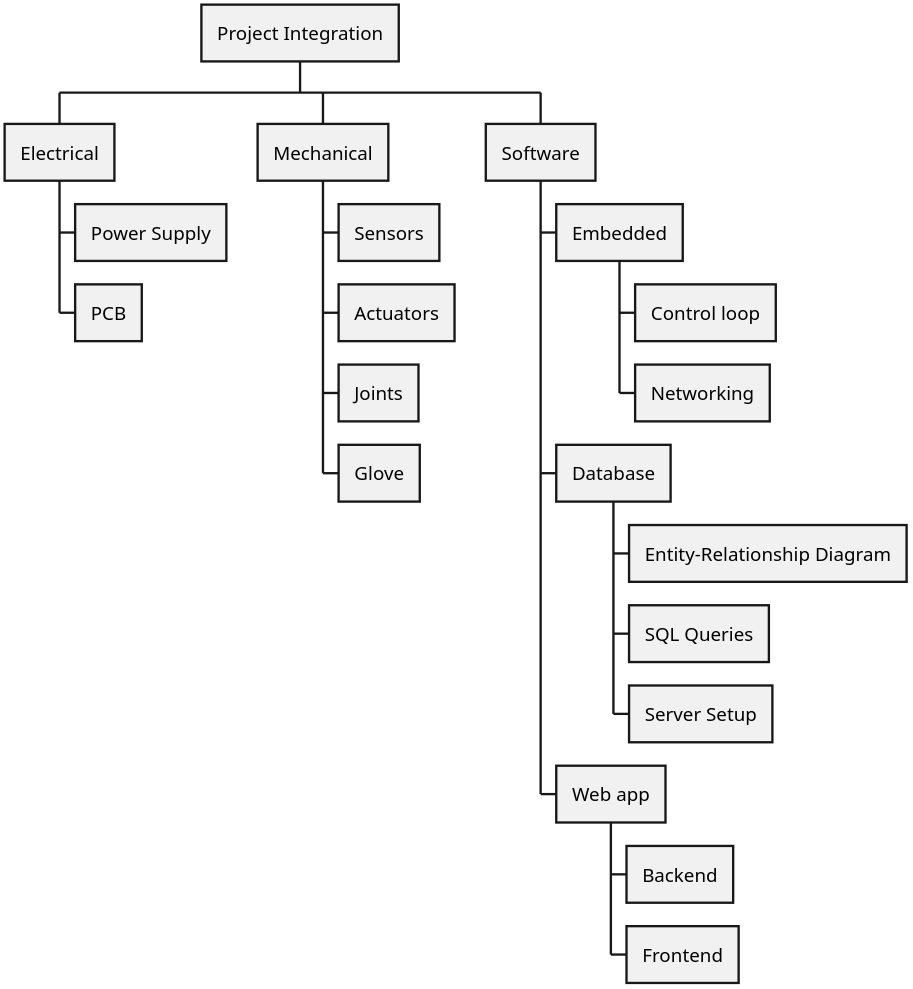
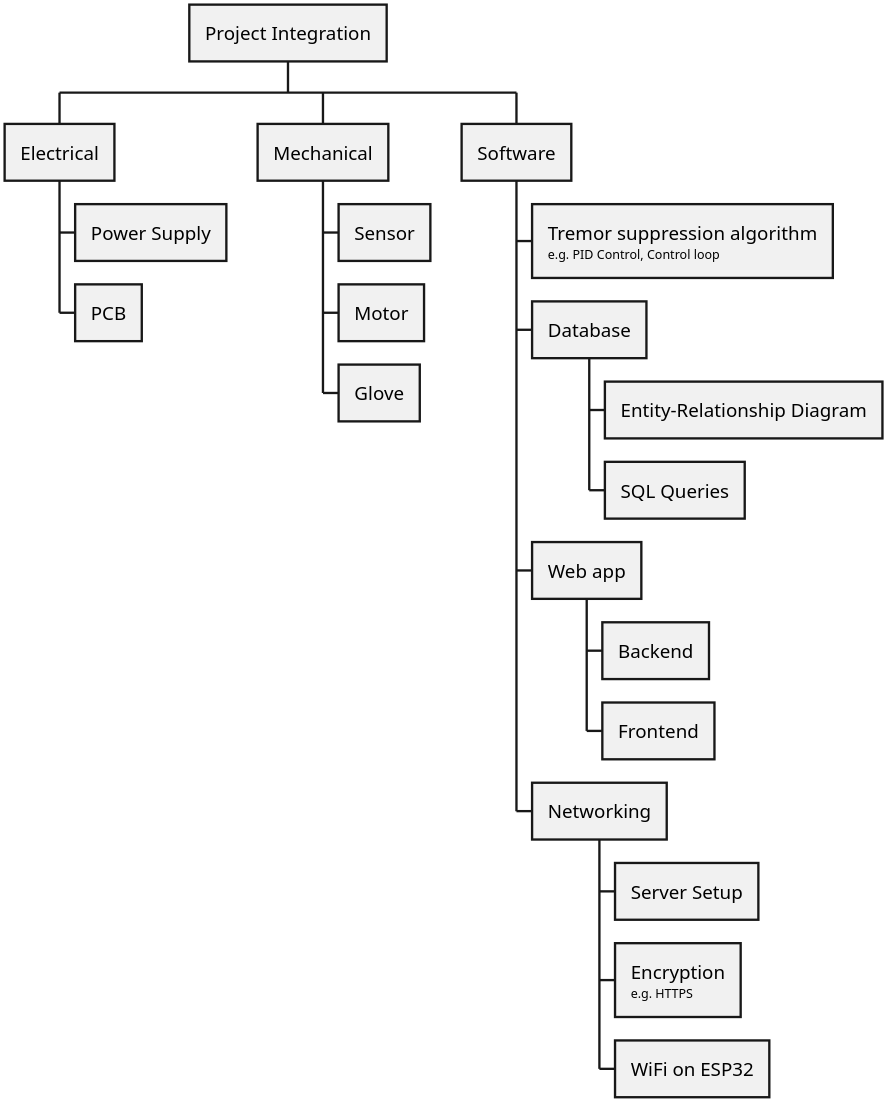
Before and after one commit to 549531/project-integration: the diagram in docs/plan/wbs.puml, drawn with PlantUML.

Commit message:
docs: update WBS

```diff
--- a/docs/plan/wbs.puml
+++ b/docs/plan/wbs.puml
@@ -1,26 +1,26 @@
 @startwbs
 
 skinparam dpi 300
 
 * Project Integration
 ** Electrical
 *** Power Supply
 *** PCB
 ** Mechanical
-*** Sensors
-*** Actuators
-*** Joints
+*** Sensor
+*** Motor
 *** Glove
 ** Software
-*** Embedded
-**** Control loop
-**** Networking
+*** Tremor suppression algorithm\n<size:8>e.g. PID Control, Control loop</size>
 *** Database
 **** Entity-Relationship Diagram
 **** SQL Queries
-**** Server Setup
 *** Web app
 **** Backend
 **** Frontend
+*** Networking
+**** Server Setup
+**** Encryption\n<size:8>e.g. HTTPS</size>
+**** WiFi on ESP32
 
 @endwbs
```
